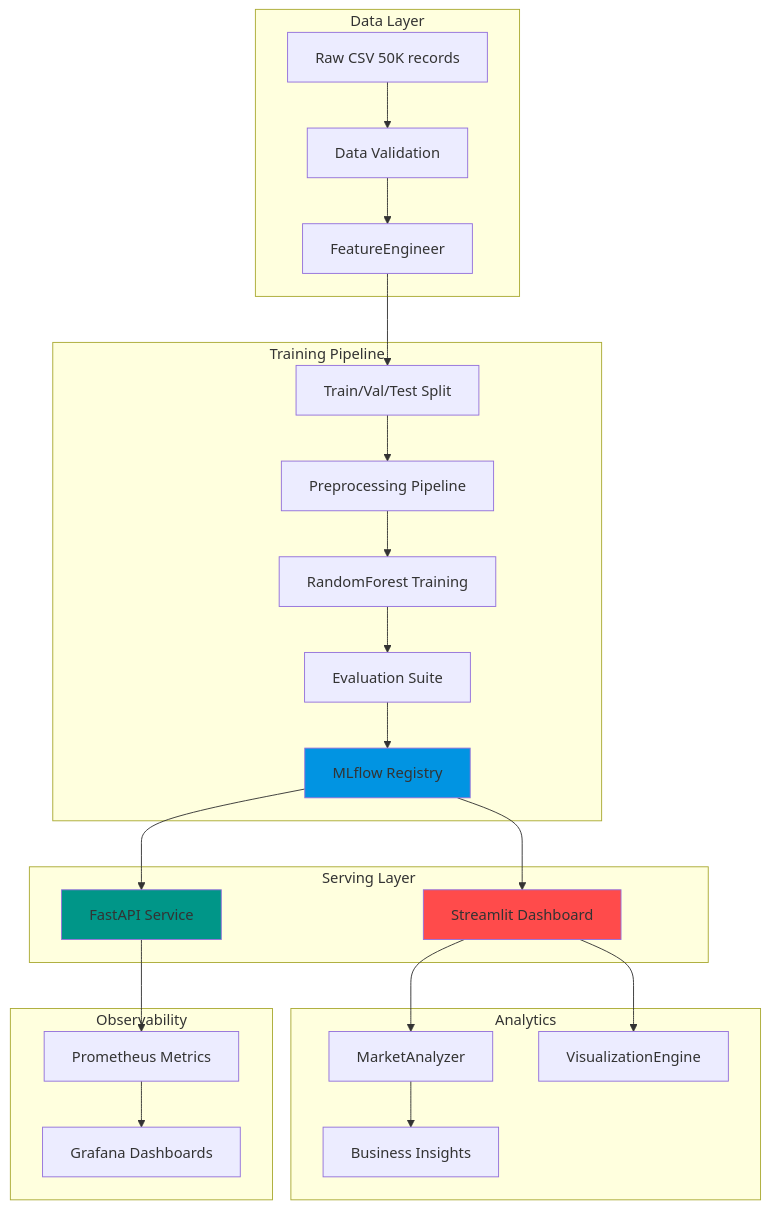
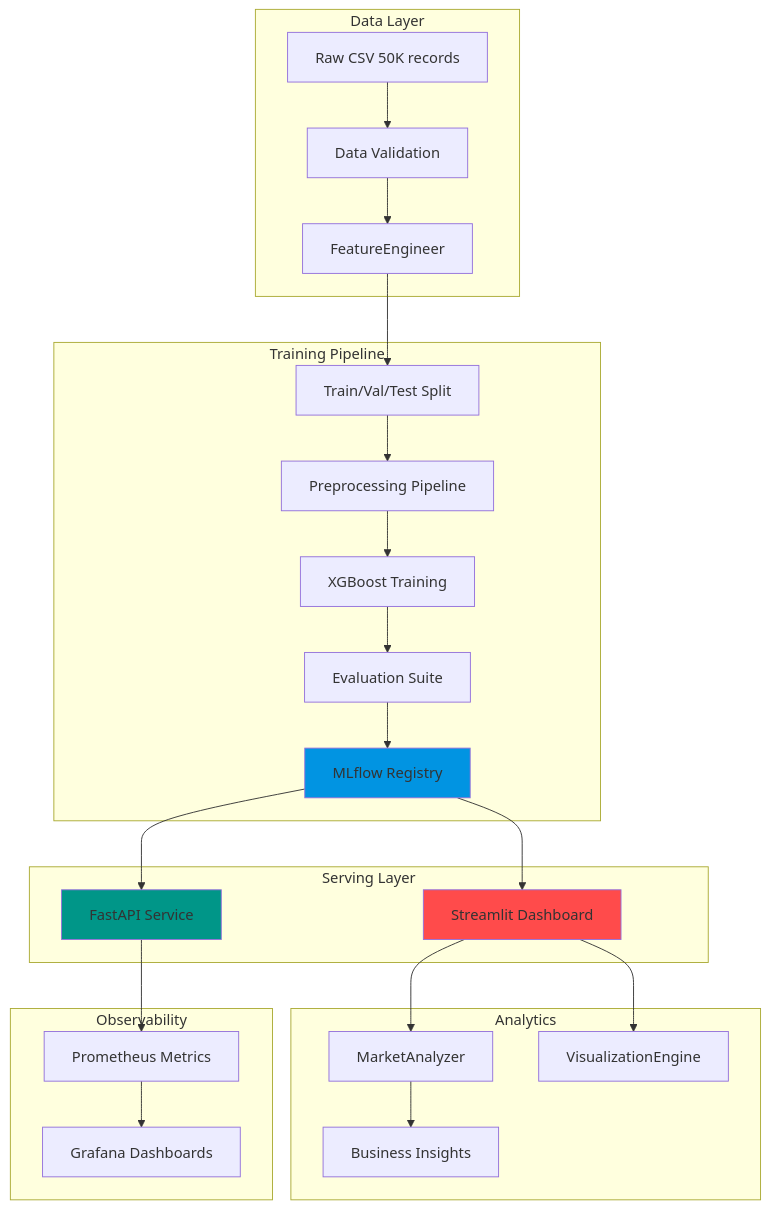
Before and after one commit to DuqueOM/ML-MLOps-Portfolio: the diagram in CarVision-Market-Intelligence/README.md, drawn with Mermaid. The commit also changed other lines of this file and 17 other files, not shown here.

````diff
--- a/CarVision-Market-Intelligence/README.md
+++ b/CarVision-Market-Intelligence/README.md
@@ -210,35 +210,35 @@
 ```mermaid
 graph TB
     subgraph "Data Layer"
         A[Raw CSV 50K records] --> B[Data Validation]
         B --> C[FeatureEngineer]
     end
     
     subgraph "Training Pipeline"
         C --> D[Train/Val/Test Split]
         D --> E[Preprocessing Pipeline]
-        E --> F[RandomForest Training]
+        E --> F[XGBoost Training]
         F --> G[Evaluation Suite]
         G --> H[MLflow Registry]
     end
     
     subgraph "Serving Layer"
         H --> I[FastAPI Service]
         H --> J[Streamlit Dashboard]
     end
     
     subgraph "Analytics"
         J --> K[MarketAnalyzer]
         J --> L[VisualizationEngine]
         K --> M[Business Insights]
     end
     
     subgraph "Observability"
         I --> N[Prometheus Metrics]
         N --> O[Grafana Dashboards]
     end
     
     style H fill:#0194E2
     style J fill:#FF4B4B
     style I fill:#009688
 ```
````
